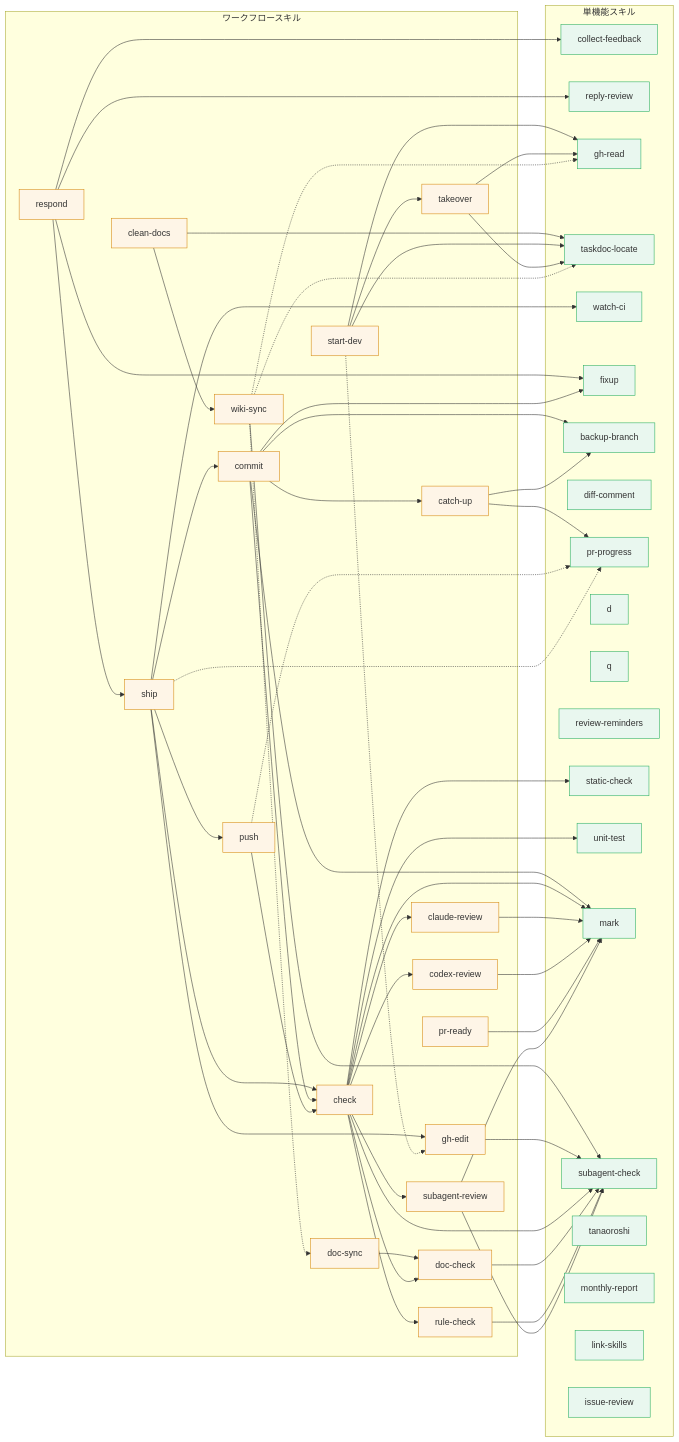
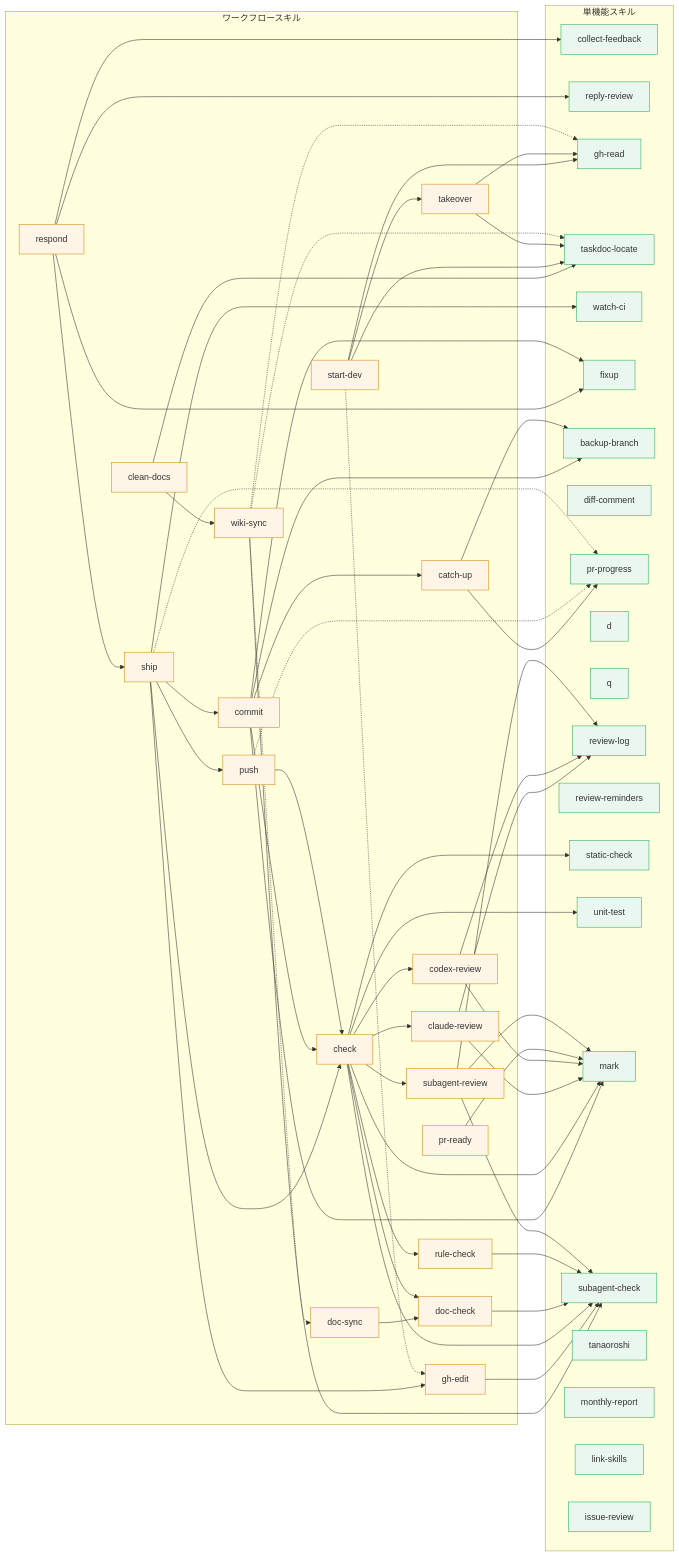
The second of 2 diagrams in README.md (mistbind3u88/bonsai), drawn with Mermaid before and after one commit. The commit also changed other lines of this file and 11 other files, not shown here.

Commit message:
feat: review-log skillを追加する

```diff
--- a/README.md
+++ b/README.md
@@ -137,6 +138,7 @@
         pr-progress:::single
         d:::single
         q:::single
+        review-log:::single
         review-reminders:::single
         static-check:::single
         unit-test:::single
@@ -186,10 +188,13 @@
     catch-up --> pr-progress
     doc-check --> subagent-check
     rule-check --> subagent-check
+    claude-review --> review-log
     claude-review --> mark
+    codex-review --> review-log
     codex-review --> mark
     pr-ready --> mark
     subagent-review --> subagent-check
+    subagent-review --> review-log
     subagent-review --> mark
 
     start-dev -.-> gh-edit
```
